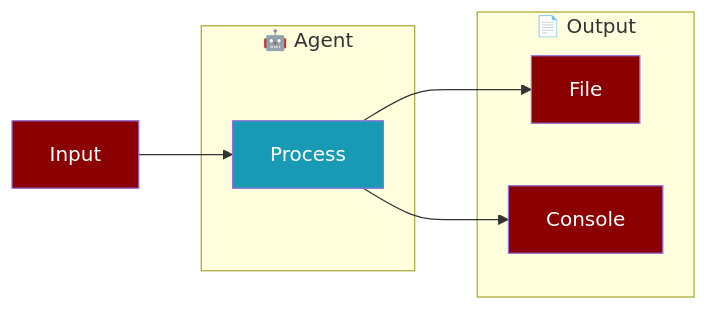
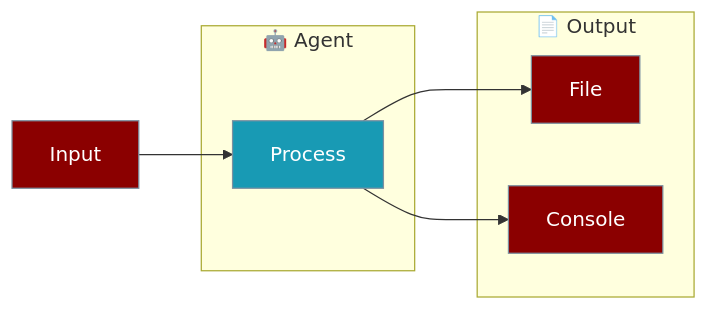
The first of 5 diagrams in docs/features/save-output.mdx (MervinPraison/PraisonAIDocs), drawn with Mermaid before and after one commit. The commit also changed other lines of this file and 19 other files, not shown here.

First line of the commit message:
docs: fix remaining style→classDef in secondary diagrams (PR #1384 follow-up)

````diff
--- a/docs/features/save-output.mdx
+++ b/docs/features/save-output.mdx
@@ -20,20 +23,20 @@
 ```mermaid
 flowchart LR
     subgraph Agent["🤖 Agent"]
         A[Process]
     end
     
     subgraph Output["📄 Output"]
         F[File]
         C[Console]
     end
     
     In[Input] --> A
     A --> F
     A --> C
     
-    style In fill:#8B0000,color:#fff
-    style A fill:#189AB4,color:#fff
-    style F fill:#8B0000,color:#fff
-    style C fill:#8B0000,color:#fff
+    classDef agent fill:#8B0000,stroke:#7C90A0,color:#fff
+    classDef tool fill:#189AB4,stroke:#7C90A0,color:#fff
+    class In,F,C agent
+    class A tool
 ```
````
